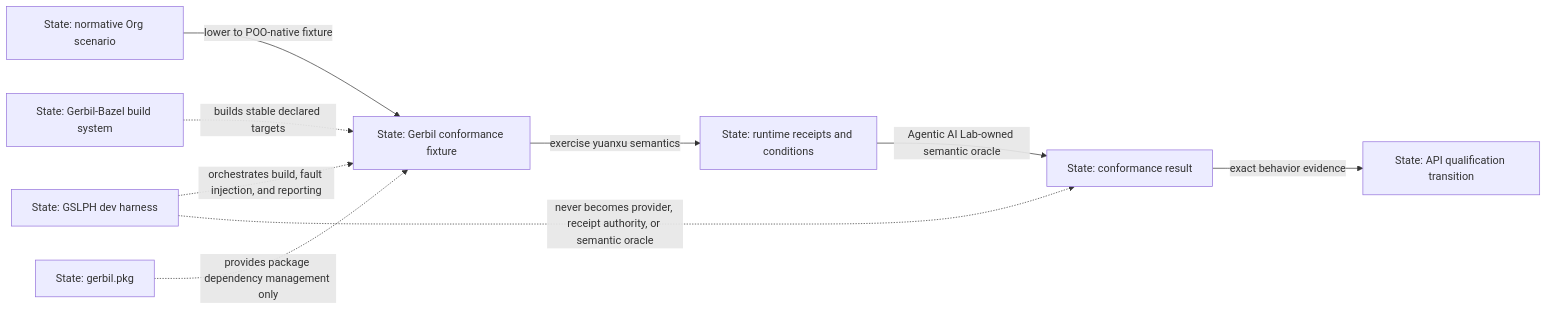
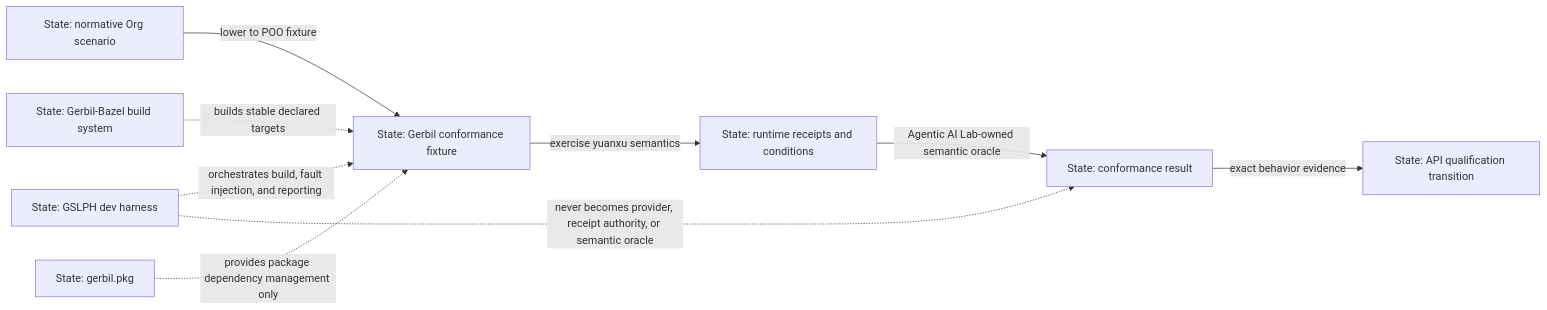
The first of 4 diagrams in module-system/design/45-16-semantic-conformance-adversarial-fault-injection.org (tao3k/gebril-yuanxu), drawn with Mermaid before and after one commit. The commit also changed other lines of this file and 1469 other files, not shown here.

```diff
--- a/module-system/design/45-16-semantic-conformance-adversarial-fault-injection.org
+++ b/module-system/design/45-16-semantic-conformance-adversarial-fault-injection.org
@@ -81,11 +81,11 @@
 #+begin_src mermaid
 flowchart LR
-  S["State: normative Org scenario"] -->|"lower to POO-native fixture"| F["State: Gerbil conformance fixture"]
+  S["State: normative Org scenario"] -->|"lower to POO fixture"| F["State: Gerbil conformance fixture"]
   F -->|"exercise yuanxu semantics"| R["State: runtime receipts and conditions"]
   R -->|"Agentic AI Lab-owned semantic oracle"| O["State: conformance result"]
   G["State: GSLPH dev harness"] -.->|"orchestrates build, fault injection, and reporting"| F
   B["State: Gerbil-Bazel build system"] -.->|"builds stable declared targets"| F
   P["State: gerbil.pkg"] -.->|"provides package dependency management only"| F
   O -->|"exact behavior evidence"| E["State: API qualification transition"]
   G -.->|"never becomes provider, receipt authority, or semantic oracle"| O
 #+end_src
```
